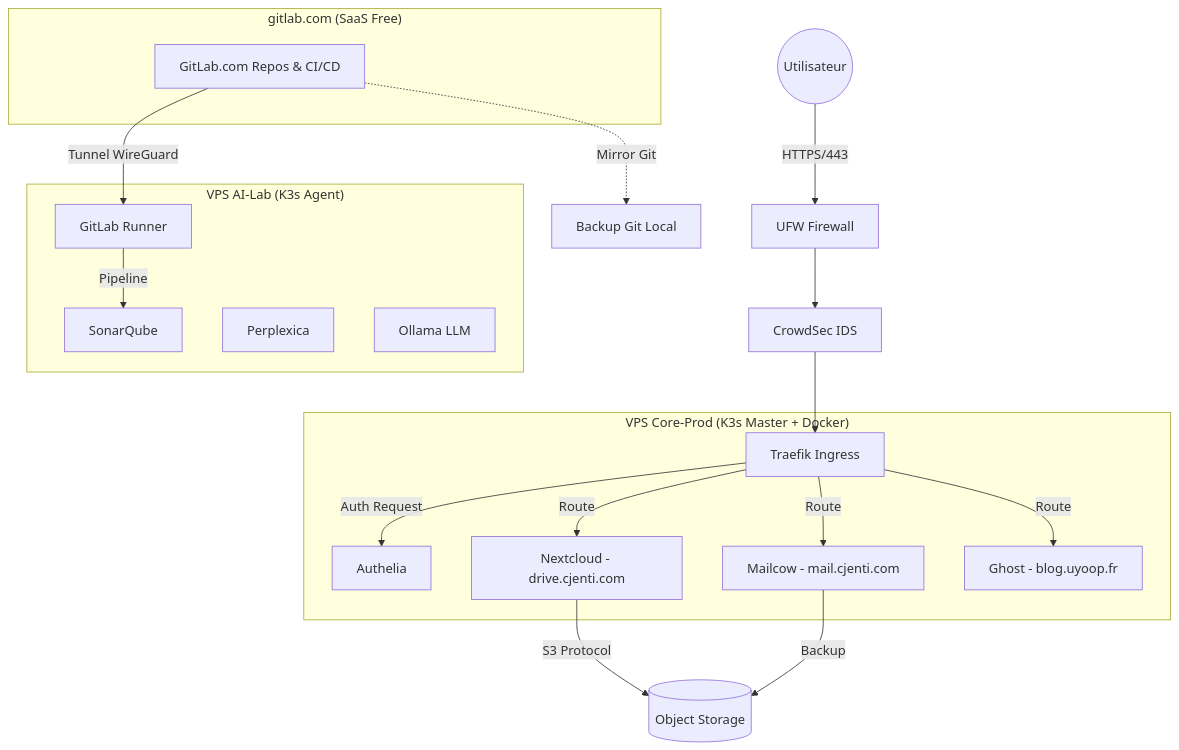
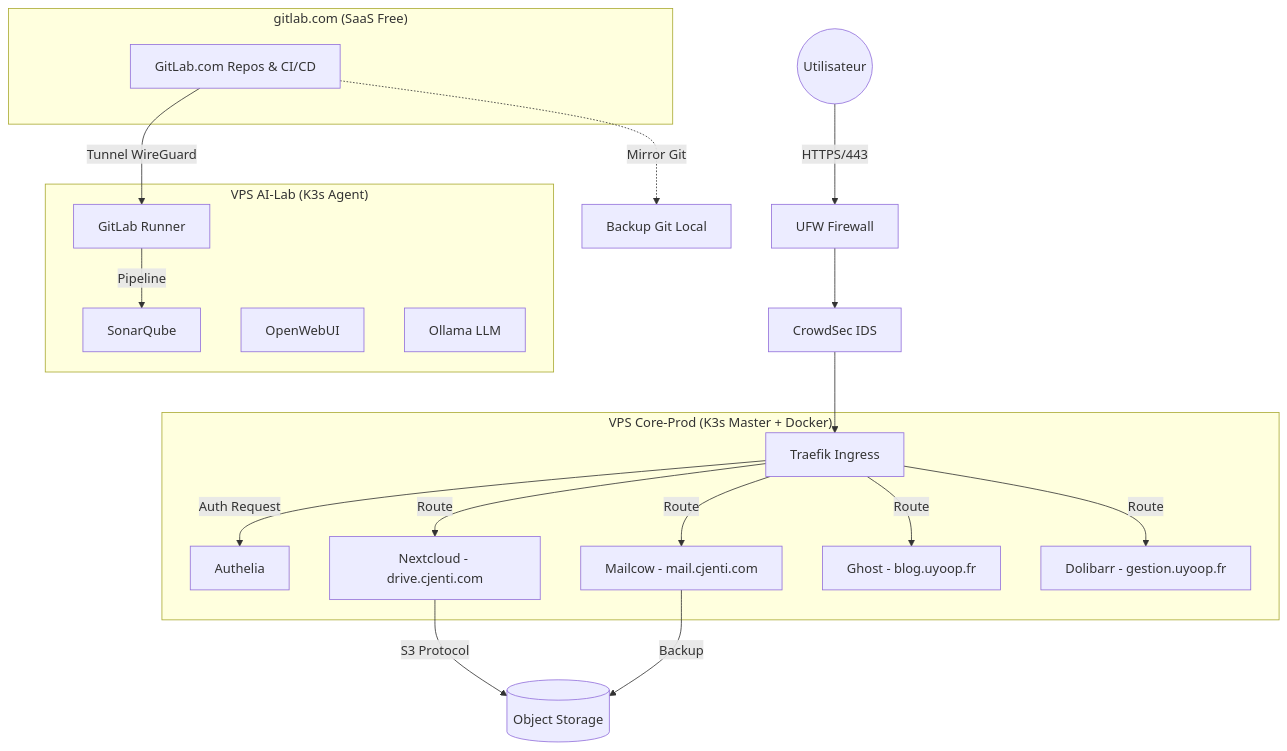
Before and after one commit to uyoop/vps-project: the diagram in 01-ARCHITECTURE.md, drawn with Mermaid. The commit also changed other lines of this file and 29 other files, not shown here.

````diff
--- a/01-ARCHITECTURE.md
+++ b/01-ARCHITECTURE.md
@@ -126,30 +129,31 @@
 ```mermaid
 graph TD
     User((Utilisateur)) -->|HTTPS/443| UFW[UFW Firewall]
     UFW --> CS[CrowdSec IDS]
     CS --> Traefik[Traefik Ingress]
     
     subgraph "VPS Core-Prod (K3s Master + Docker)"
         Traefik -->|Auth Request| Authelia
         Traefik -->|Route| Mailcow[Mailcow - mail.cjenti.com]
         Traefik -->|Route| Nextcloud[Nextcloud - drive.cjenti.com]
         Traefik -->|Route| Ghost[Ghost - blog.uyoop.fr]
+        Traefik -->|Route| Dolibarr[Dolibarr - gestion.uyoop.fr]
     end
     
     subgraph "gitlab.com (SaaS Free)"
         GitLabSaaS[GitLab.com Repos & CI/CD]
     end
     
     subgraph "VPS AI-Lab (K3s Agent)"
         Runner[GitLab Runner]
         SonarQube
-        Perplexica
+        OpenWebUI
         Ollama[Ollama LLM]
     end
     
     GitLabSaaS -->|Tunnel WireGuard| Runner
     Runner -->|Pipeline| SonarQube
     Nextcloud -->|S3 Protocol| OVH_S3[(Object Storage)]
     Mailcow -->|Backup| OVH_S3
     GitLabSaaS -.->|Mirror Git| VPSBackup[Backup Git Local]
 ```
````
